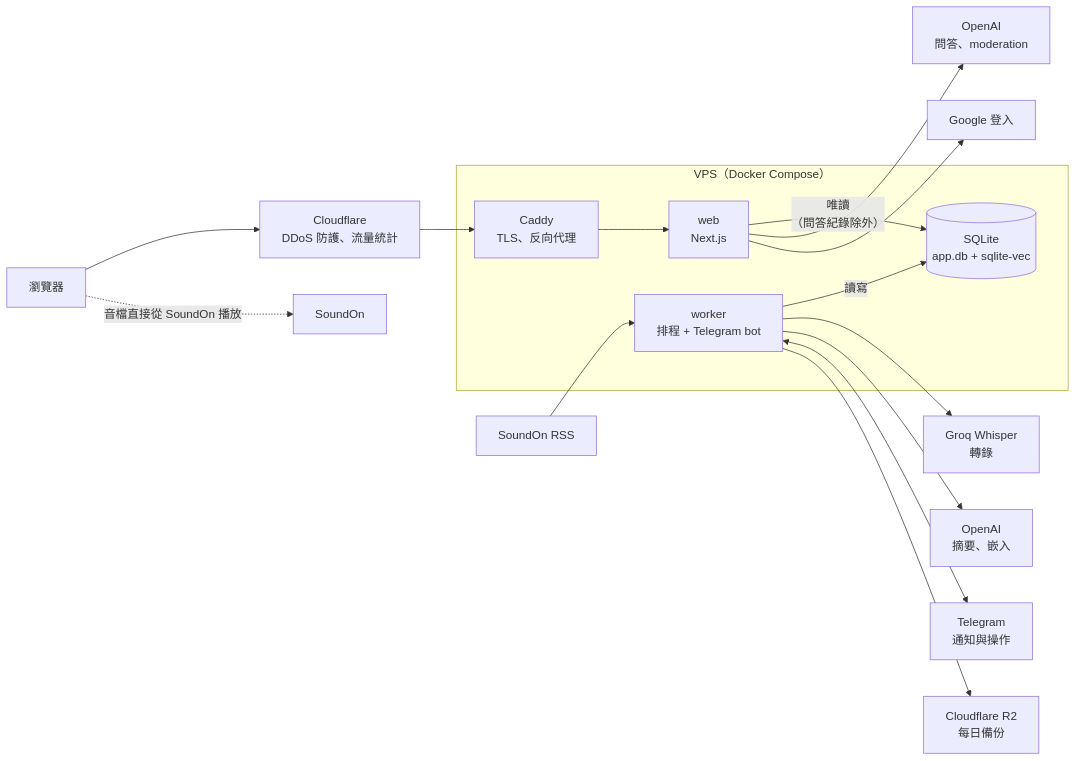
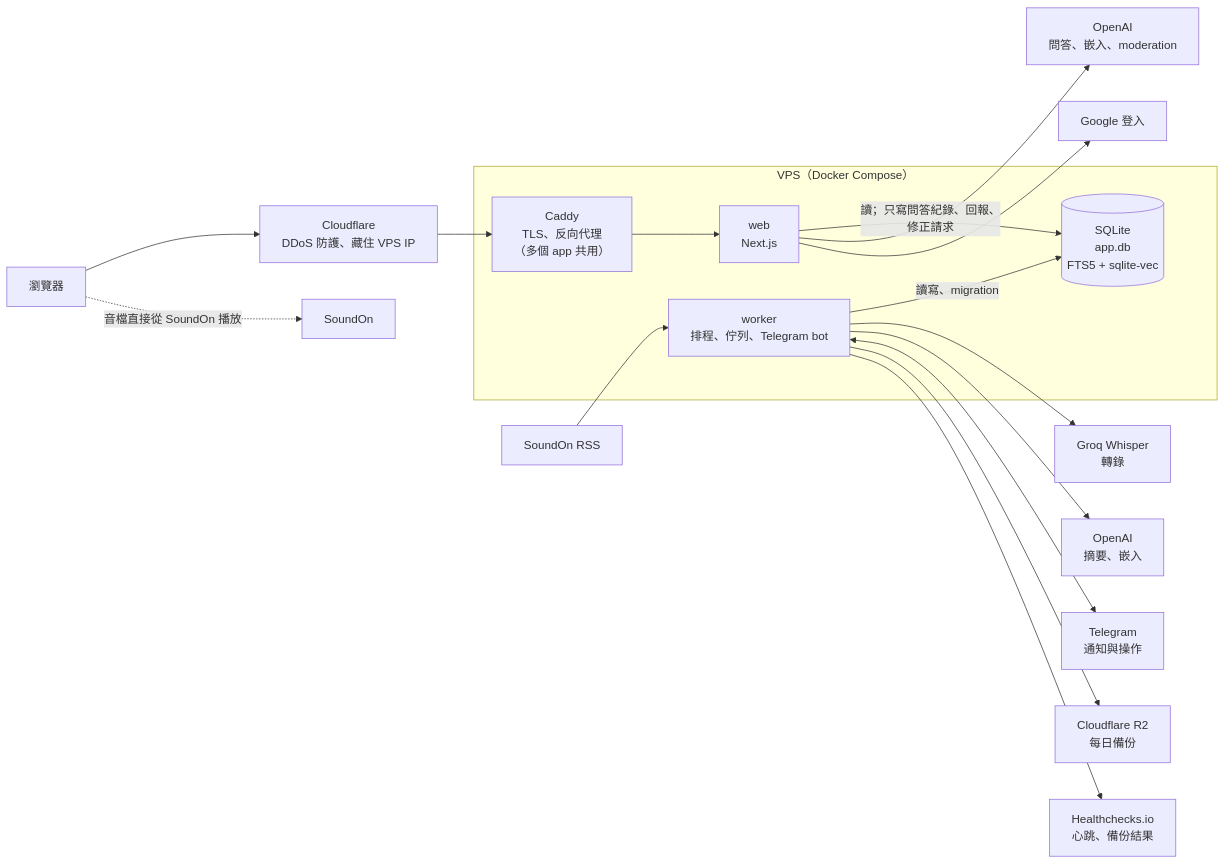
One commit to tommy3713/podcast-search changed the first of 6 diagrams in README.md. Above: the diagram before and after it, drawn with Mermaid. The commit also changed other lines of this file, not shown here.

````diff
--- a/README.md
+++ b/README.md
@@ -17,19 +20,20 @@
 ```mermaid
 flowchart LR
   rss["SoundOn RSS"] --> worker
   subgraph vps["VPS（Docker Compose）"]
-    caddy["Caddy<br/>TLS、反向代理"] --> web["web<br/>Next.js"]
-    worker["worker<br/>排程 + Telegram bot"]
-    db[("SQLite<br/>app.db + sqlite-vec")]
-    worker -- 讀寫 --> db
-    web -- 唯讀<br/>（問答紀錄除外） --> db
+    caddy["Caddy<br/>TLS、反向代理<br/>（多個 app 共用）"] --> web["web<br/>Next.js"]
+    worker["worker<br/>排程、佇列、Telegram bot"]
+    db[("SQLite<br/>app.db<br/>FTS5 + sqlite-vec")]
+    worker -- 讀寫、migration --> db
+    web -- "讀；只寫問答紀錄、回報、<br/>修正請求" --> db
   end
   worker --> groq["Groq Whisper<br/>轉錄"]
   worker --> openai["OpenAI<br/>摘要、嵌入"]
   worker <--> tg["Telegram<br/>通知與操作"]
   worker --> r2["Cloudflare R2<br/>每日備份"]
-  web --> openai2["OpenAI<br/>問答、moderation"]
+  worker --> hc["Healthchecks.io<br/>心跳、備份結果"]
+  web --> openai2["OpenAI<br/>問答、嵌入、moderation"]
   web --> google["Google 登入"]
-  browser["瀏覽器"] --> cf["Cloudflare<br/>DDoS 防護、流量統計"] --> caddy
+  browser["瀏覽器"] --> cf["Cloudflare<br/>DDoS 防護、藏住 VPS IP"] --> caddy
   browser -. 音檔直接從 SoundOn 播放 .-> soundon["SoundOn"]
 ```
````
